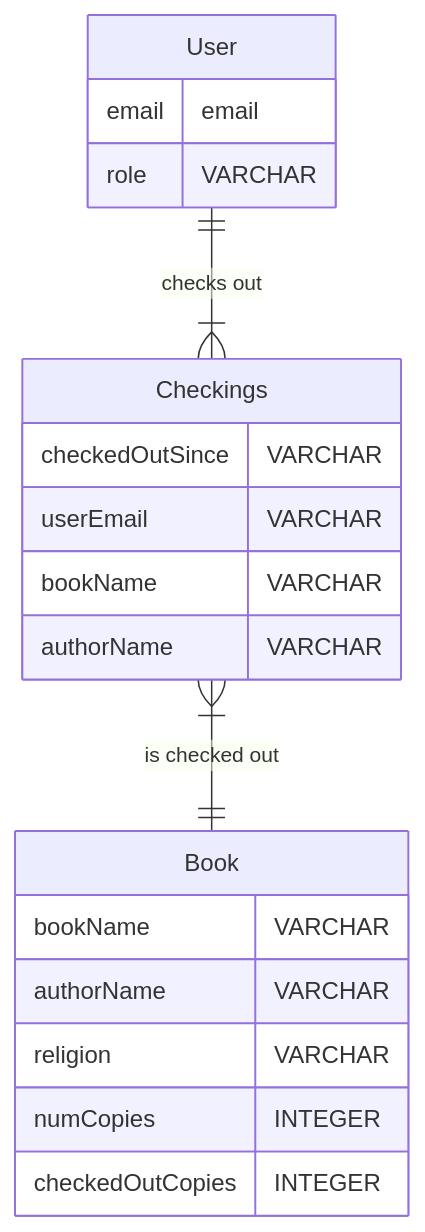
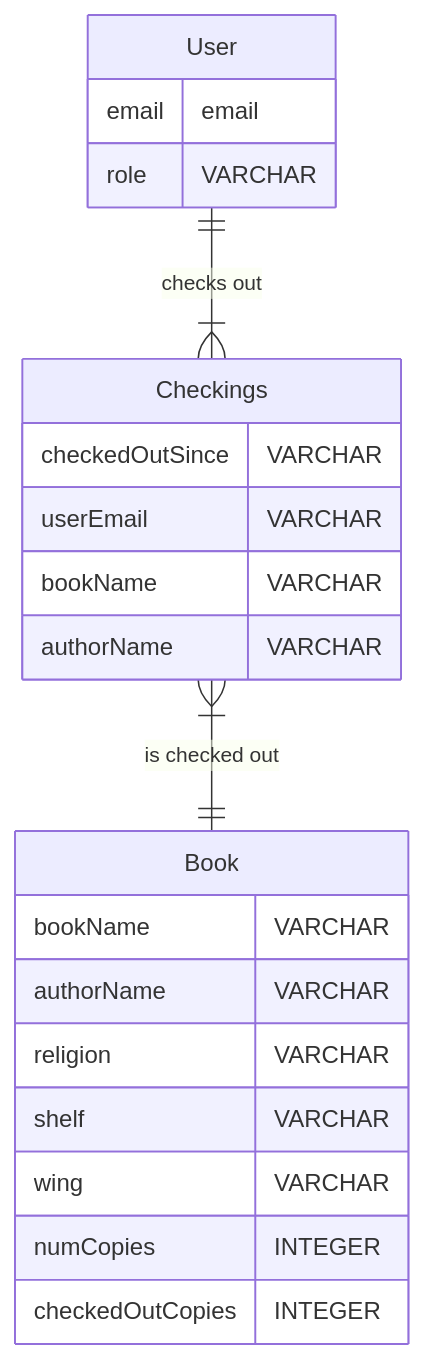
The diagram in docs/phase3.md (dmavani25/DivineManuscriptsDB), drawn with Mermaid before and after one commit.

````diff
--- a/docs/phase3.md
+++ b/docs/phase3.md
@@ -12,25 +12,27 @@
 ```mermaid
 erDiagram
     User ||--|{ Checkings : "checks out"
     Checkings }|--|| Book : "is checked out"
     
     User {
         email email
         role VARCHAR
     }
 
     Book {
         bookName VARCHAR
         authorName VARCHAR
         religion VARCHAR
+        shelf VARCHAR
+        wing VARCHAR
         numCopies INTEGER
         checkedOutCopies INTEGER
     }
 
     Checkings {
         checkedOutSince VARCHAR
         userEmail VARCHAR
         bookName VARCHAR
         authorName VARCHAR
     }
 ```
````
